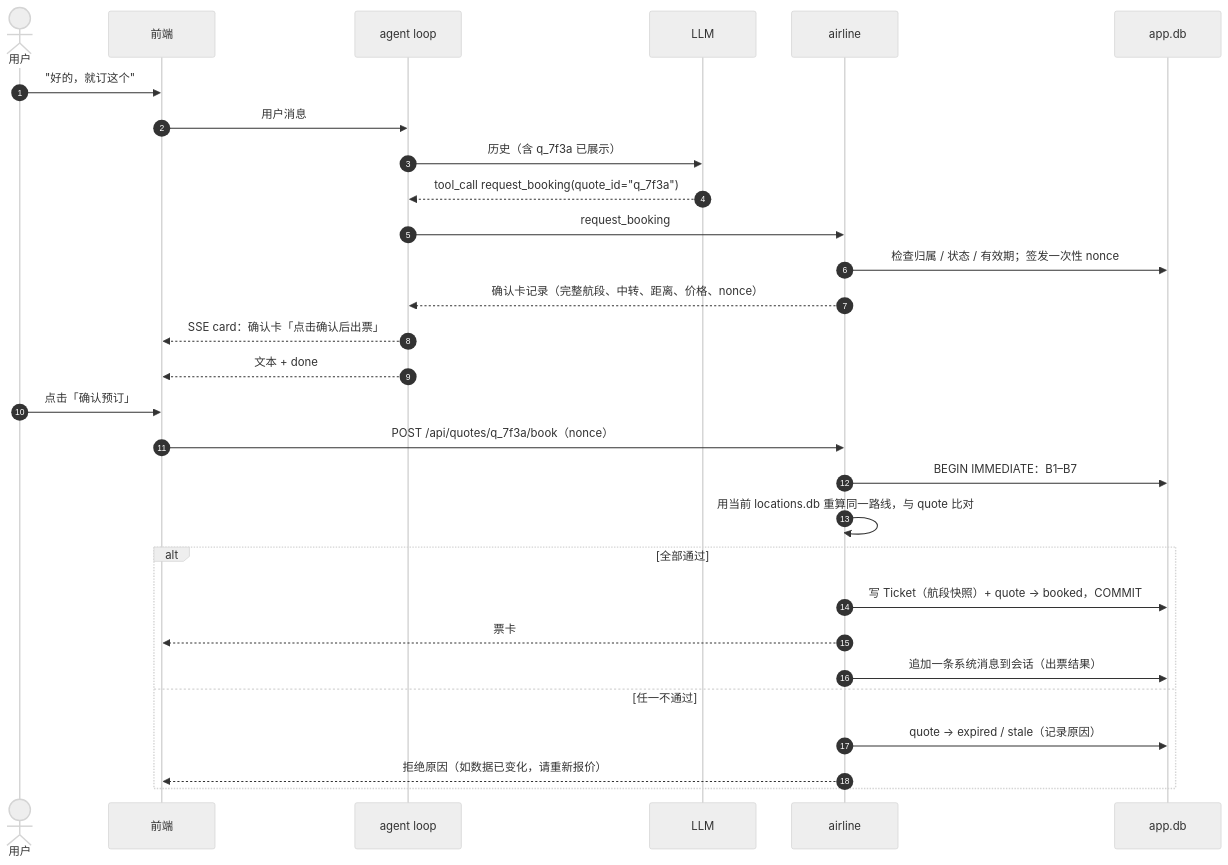
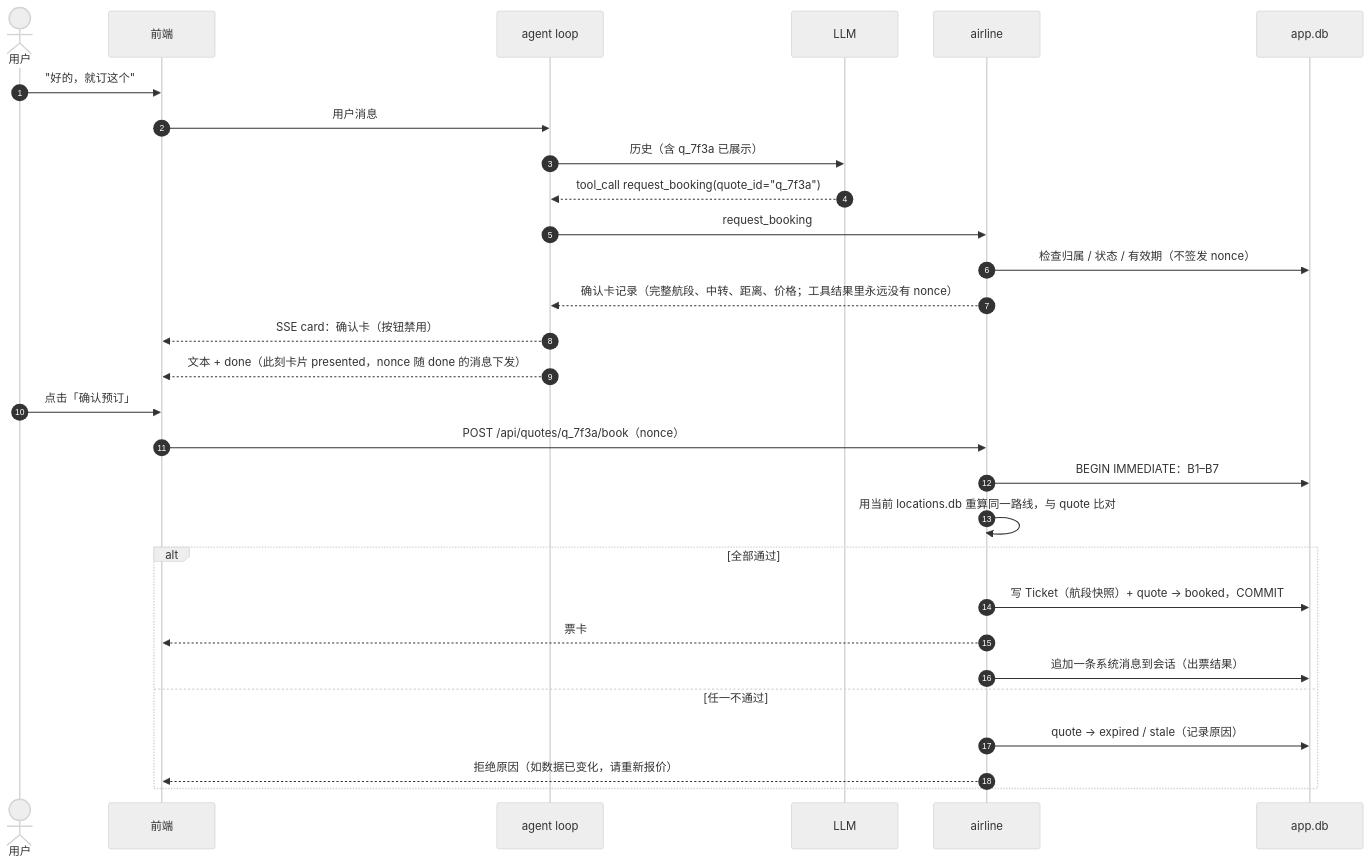
One commit to chux0519/ocean-above changed the third of 7 diagrams in docs/design/design.md. Above: the diagram before and after it, drawn with Mermaid (neutral theme). The commit also changed other lines of this file and 2 other files, not shown here.

Commit message:
Contract: conversation_busy, data_unavailable; design sync with T2 nonce model; fix trace fixture

````diff
--- a/docs/design/design.md
+++ b/docs/design/design.md
@@ -134,32 +134,32 @@
 ```mermaid
 sequenceDiagram
   autonumber
   actor U as 用户
   participant FE as 前端
   participant L as agent loop
   participant M as LLM
   participant A as airline
   participant S as app.db
 
   U->>FE: "好的，就订这个"
   FE->>L: 用户消息
   L->>M: 历史（含 q_7f3a 已展示）
   M-->>L: tool_call request_booking(quote_id="q_7f3a")
   L->>A: request_booking
-  A->>S: 检查归属 / 状态 / 有效期；签发一次性 nonce
-  A-->>L: 确认卡记录（完整航段、中转、距离、价格、nonce）
-  L-->>FE: SSE card：确认卡「点击确认后出票」
-  L-->>FE: 文本 + done
+  A->>S: 检查归属 / 状态 / 有效期（不签发 nonce）
+  A-->>L: 确认卡记录（完整航段、中转、距离、价格；工具结果里永远没有 nonce）
+  L-->>FE: SSE card：确认卡（按钮禁用）
+  L-->>FE: 文本 + done（此刻卡片 presented，nonce 随 done 的消息下发）
   U->>FE: 点击「确认预订」
   FE->>A: POST /api/quotes/q_7f3a/book（nonce）
   A->>S: BEGIN IMMEDIATE：B1–B7
   A->>A: 用当前 locations.db 重算同一路线，与 quote 比对
   alt 全部通过
     A->>S: 写 Ticket（航段快照）+ quote → booked，COMMIT
     A-->>FE: 票卡
     A->>S: 追加一条系统消息到会话（出票结果）
   else 任一不通过
     A->>S: quote → expired / stale（记录原因）
     A-->>FE: 拒绝原因（如数据已变化，请重新报价）
   end
 ```
````
